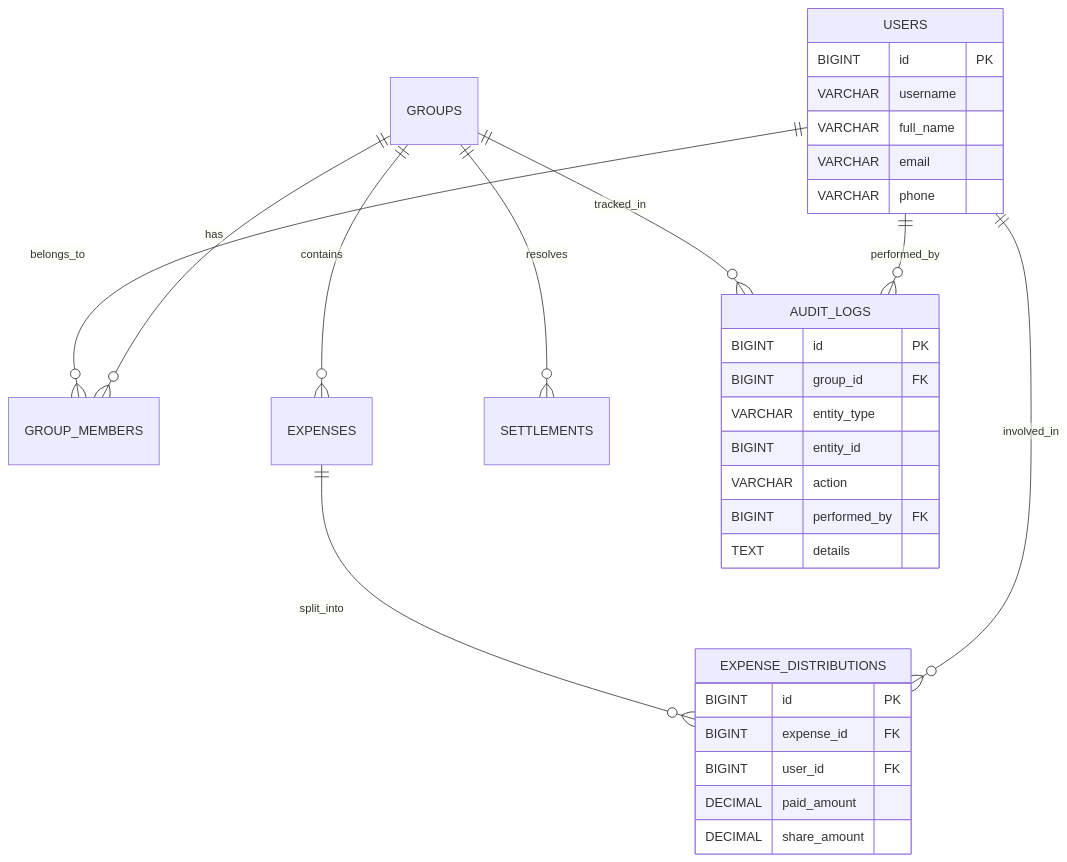
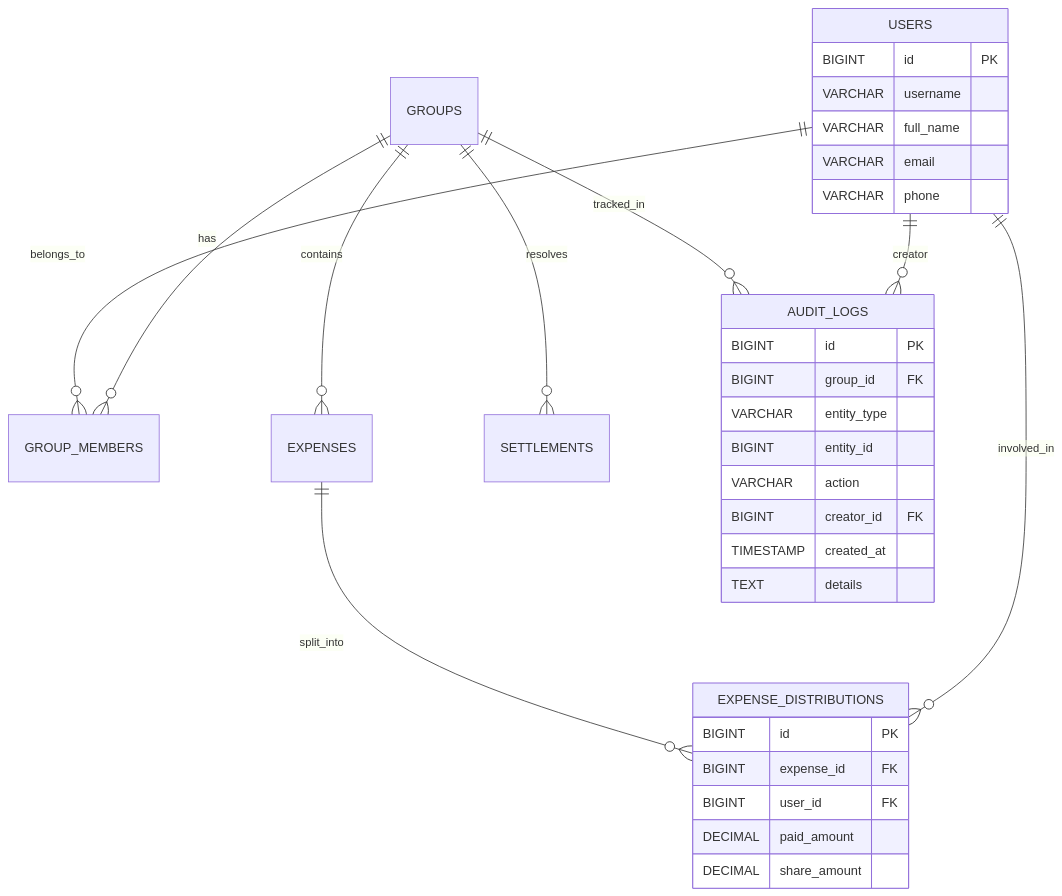
One commit to JioCoders/portfolio-jsp changed the diagram in docs/arch_designs.md. Above: the diagram before and after it, drawn with Mermaid. The commit also changed 21 other files, not shown here.

````diff
--- a/docs/arch_designs.md
+++ b/docs/arch_designs.md
@@ -6,37 +6,38 @@
 ```mermaid
 erDiagram
     USERS ||--o{ GROUP_MEMBERS : belongs_to
     GROUPS ||--o{ GROUP_MEMBERS : has
     GROUPS ||--o{ EXPENSES : contains
     EXPENSES ||--o{ EXPENSE_DISTRIBUTIONS : "split_into"
     USERS ||--o{ EXPENSE_DISTRIBUTIONS : "involved_in"
     GROUPS ||--o{ SETTLEMENTS : resolves
     GROUPS ||--o{ AUDIT_LOGS : tracked_in
-    USERS ||--o{ AUDIT_LOGS : performed_by
+    USERS ||--o{ AUDIT_LOGS : creator
 
     USERS {
         BIGINT id PK
         VARCHAR username
         VARCHAR full_name
         VARCHAR email
         VARCHAR phone
     }
 
     EXPENSE_DISTRIBUTIONS {
         BIGINT id PK
         BIGINT expense_id FK
         BIGINT user_id FK
         DECIMAL paid_amount
         DECIMAL share_amount
     }
 
     AUDIT_LOGS {
         BIGINT id PK
         BIGINT group_id FK
         VARCHAR entity_type
         BIGINT entity_id
         VARCHAR action
-        BIGINT performed_by FK
+        BIGINT creator_id FK
+        TIMESTAMP created_at
         TEXT details
     }
 ```
````
